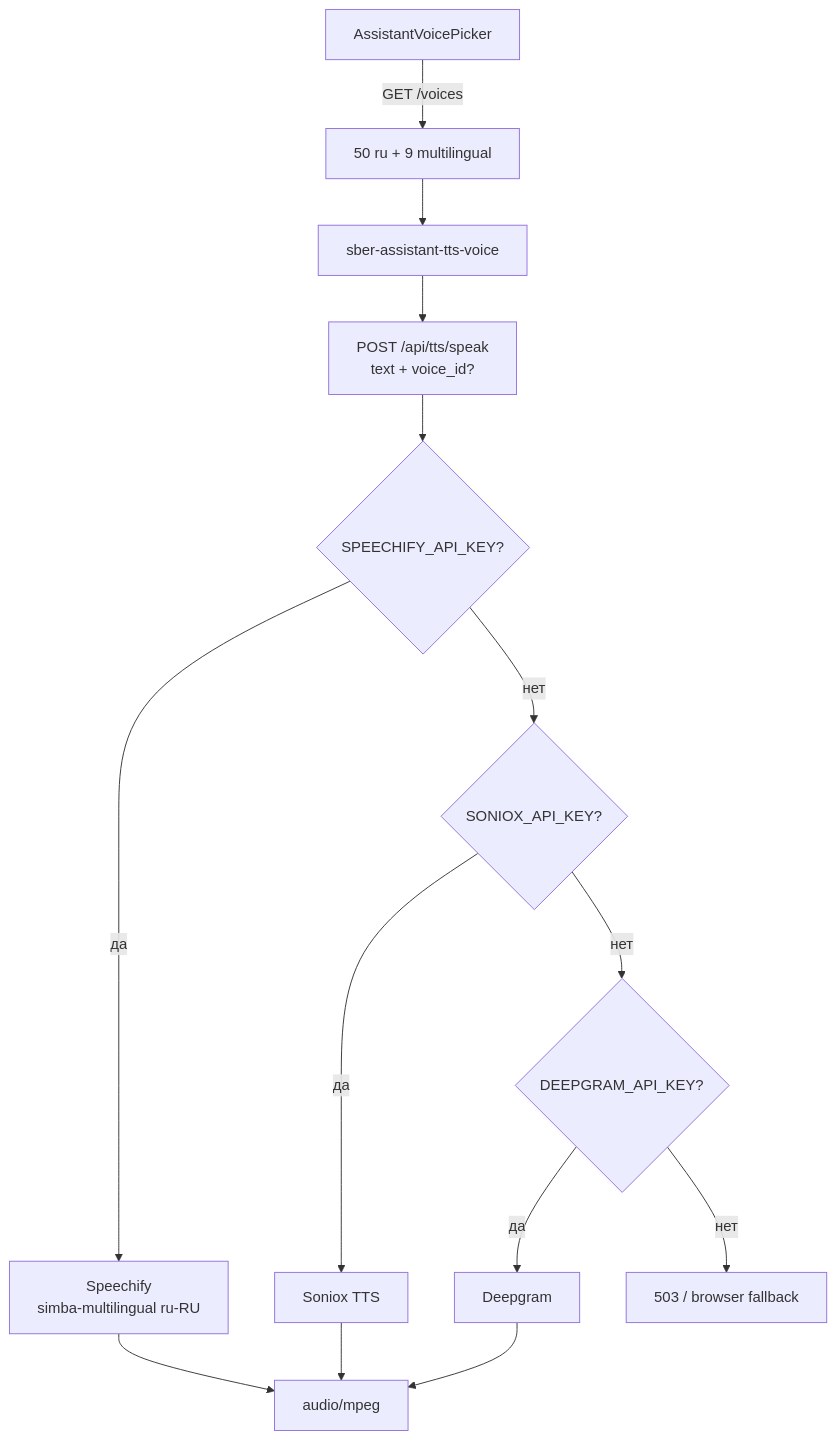
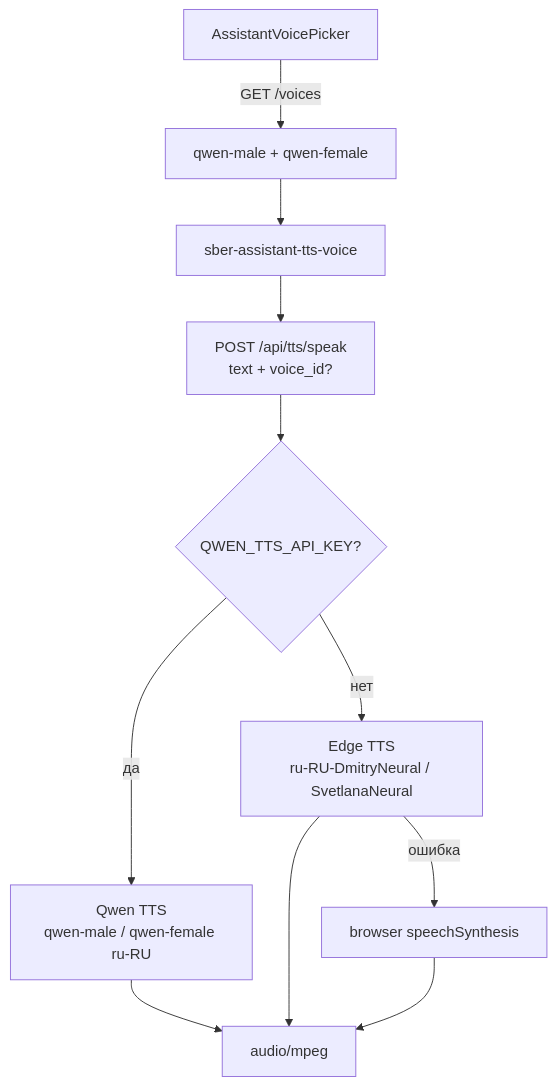
The eighth of 13 diagrams in docs/FEATURE_MAP.md (grrraaaa/mvp), drawn with Mermaid before and after one commit. The commit also changed other lines of this file and 56 other files, not shown here.

````diff
--- a/docs/FEATURE_MAP.md
+++ b/docs/FEATURE_MAP.md
@@ -307,19 +307,16 @@
 ```mermaid
 flowchart TD
     REQ[POST /api/tts/speak<br/>text + voice_id?]
-    REQ --> P1{SPEECHIFY_API_KEY?}
-    P1 -->|да| SP[Speechify<br/>simba-multilingual ru-RU]
-    P1 -->|нет| P2{SONIOX_API_KEY?}
-    P2 -->|да| SX[Soniox TTS]
-    P2 -->|нет| P3{DEEPGRAM_API_KEY?}
-    P3 -->|да| DG[Deepgram]
-    P3 -->|нет| ERR[503 / browser fallback]
+    REQ --> P1{QWEN_TTS_API_KEY?}
+    P1 -->|да| QW[Qwen TTS<br/>qwen-male / qwen-female ru-RU]
+    P1 -->|нет| ED[Edge TTS<br/>ru-RU-DmitryNeural / SvetlanaNeural]
+    ED -->|ошибка| BR[browser speechSynthesis]
 
-    SP --> MP3[audio/mpeg]
-    SX --> MP3
-    DG --> MP3
+    QW --> MP3[audio/mpeg]
+    ED --> MP3
+    BR --> MP3
 
-    UI[AssistantVoicePicker] -->|GET /voices| VOICES[50 ru + 9 multilingual]
+    UI[AssistantVoicePicker] -->|GET /voices| VOICES[qwen-male + qwen-female]
     VOICES --> localStorage[sber-assistant-tts-voice]
     localStorage --> REQ
 ```
````
